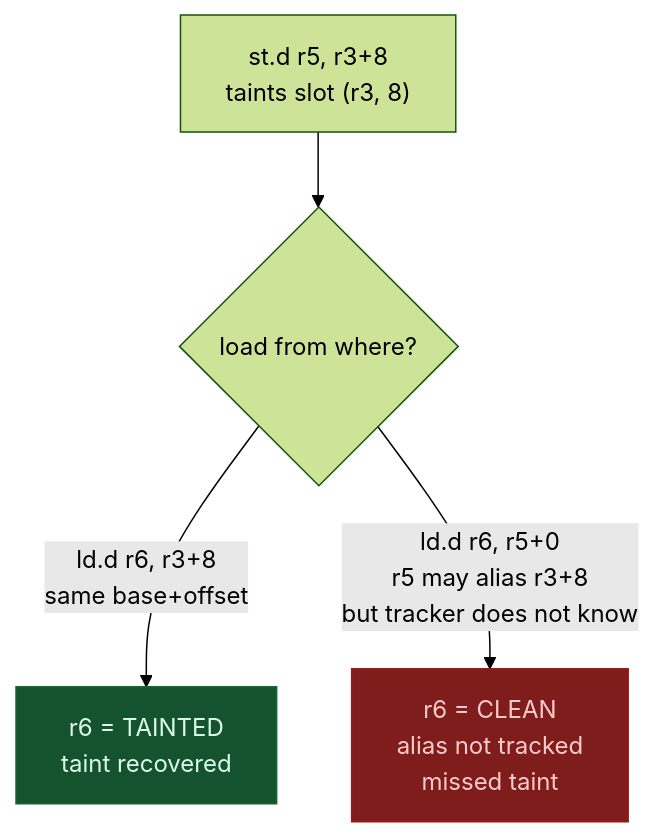
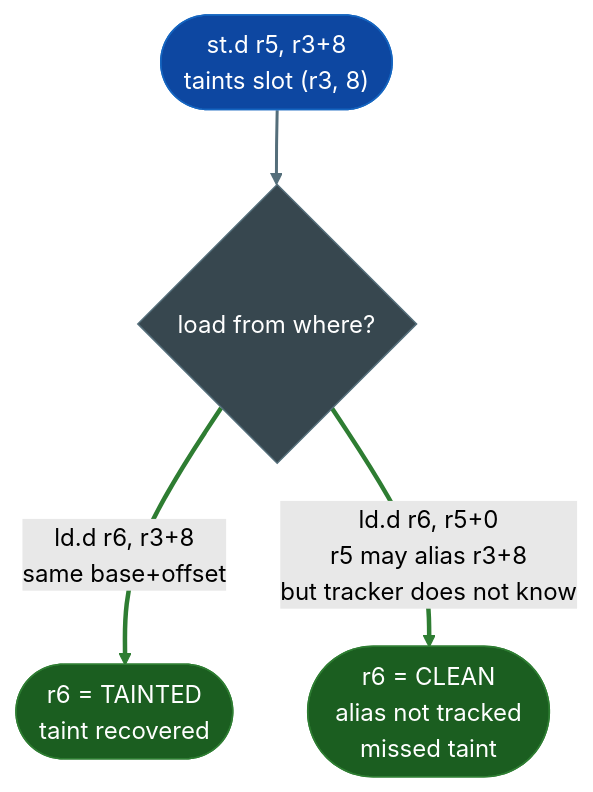
Before and after one commit to Ablation-Tool/ablation: diagram 11 of 22 in docs/overview.md, drawn with Mermaid (forest theme). The commit also changed other lines of this file and 320 other files, not shown here.

First line of the commit message:
docs: apply canonical Mermaid template to all 321 diagrams

````diff
--- a/docs/overview.md
+++ b/docs/overview.md
@@ -267,9 +346,15 @@
 ```mermaid
 flowchart TD
-    A["st.d r5, r3+8\ntaints slot (r3, 8)"] --> B{"load from where?"}
-    B -->|"ld.d r6, r3+8\nsame base+offset"| C["r6 = TAINTED\ntaint recovered"]
-    B -->|"ld.d r6, r5+0\nr5 may alias r3+8\nbut tracker does not know"| D["r6 = CLEAN\nalias not tracked\nmissed taint"]
-
-    style C fill:#14532d,stroke:#166534,color:#dcfce7
-    style D fill:#7f1d1d,stroke:#991b1b,color:#fecaca
+    A(["st.d r5, r3+8\ntaints slot (r3, 8)"]):::input --> B{"load from where?"}:::neutral
+    B:::neutral -->|"ld.d r6, r3+8\nsame base+offset"| C(["r6 = TAINTED\ntaint recovered"]):::output
+    B:::neutral -->|"ld.d r6, r5+0\nr5 may alias r3+8\nbut tracker does not know"| D(["r6 = CLEAN\nalias not tracked\nmissed taint"]):::output
+    classDef input     fill:#0d47a1,stroke:#1565c0,color:#fff
+    classDef primary   fill:#e65100,stroke:#bf360c,color:#fff
+    classDef secondary fill:#004d40,stroke:#00695c,color:#fff
+    classDef tertiary  fill:#4a148c,stroke:#6a1b9a,color:#fff
+    classDef neutral   fill:#37474f,stroke:#546e7a,color:#fff
+    classDef output    fill:#1b5e20,stroke:#2e7d32,color:#fff
+    linkStyle 0 stroke:#546e7a,stroke-width:2px
+    linkStyle 1 stroke:#2e7d32,stroke-width:3px
+    linkStyle 2 stroke:#2e7d32,stroke-width:3px
 ```
````
